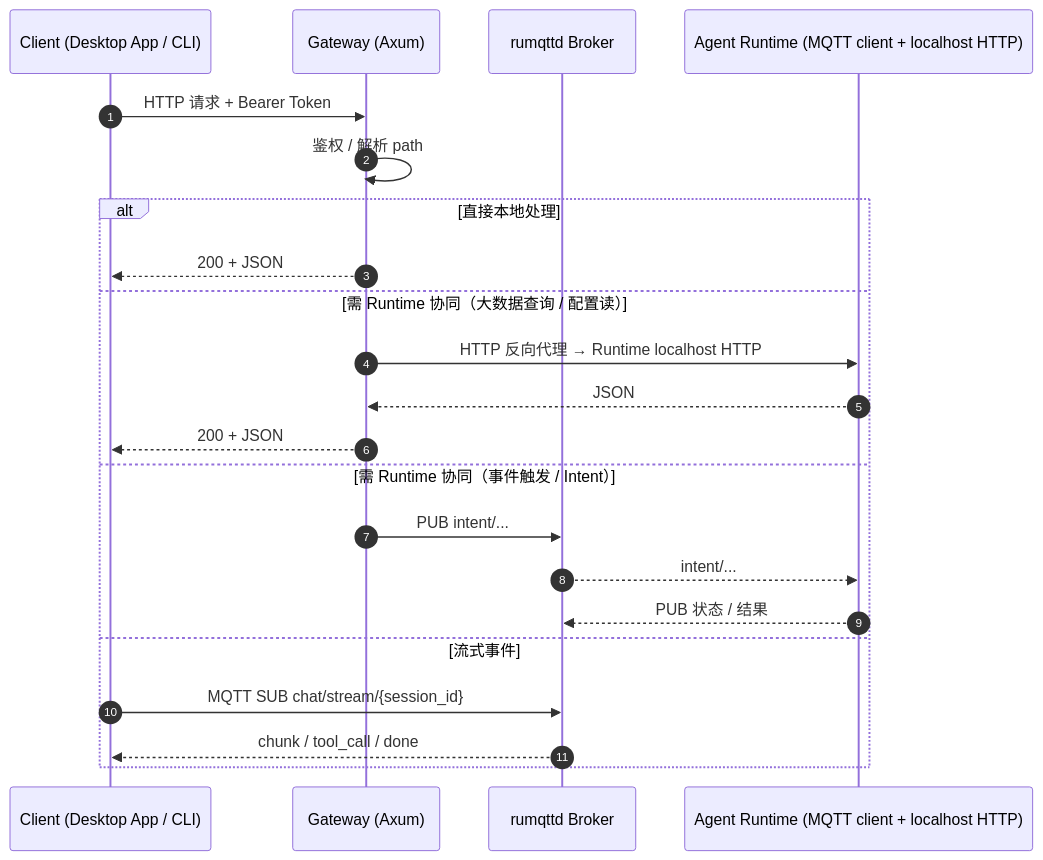
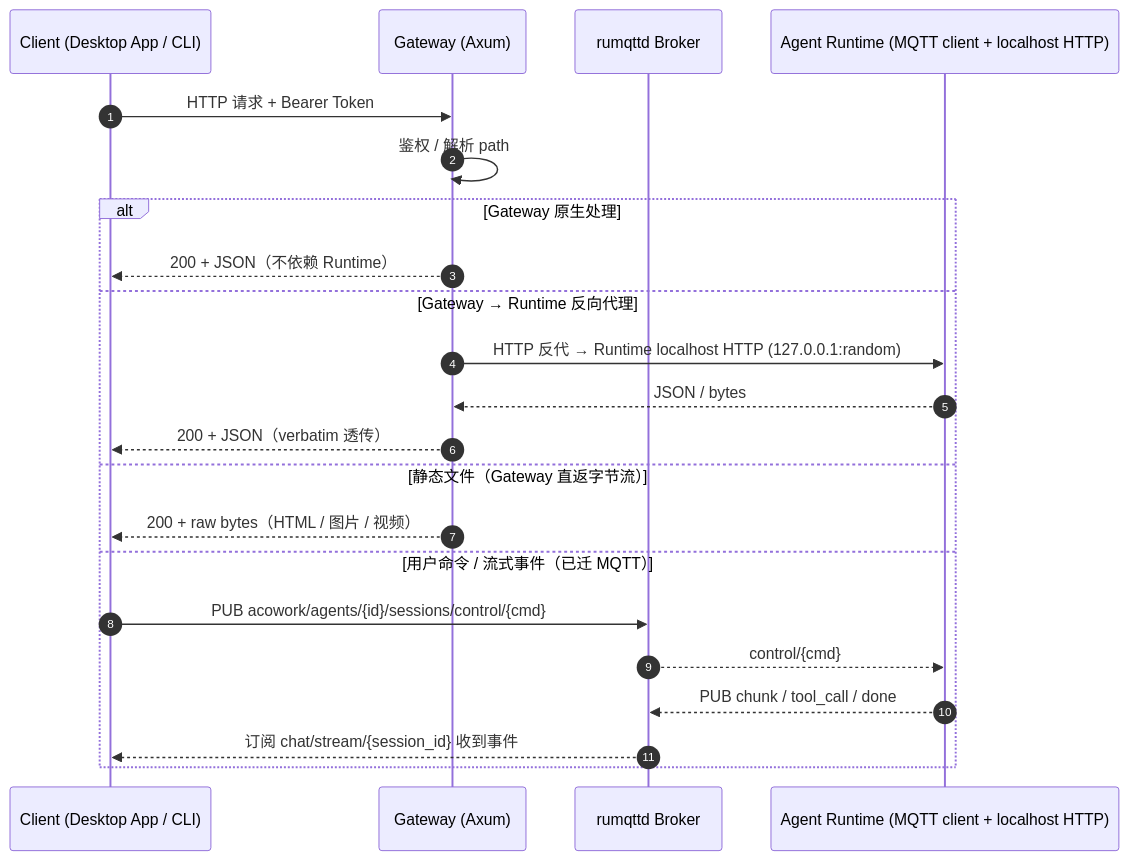
One commit to tranxon/ACowork changed the diagram in docs/zh/protocols/http.md. Above: the diagram before and after it, drawn with Mermaid. The commit also changed other lines of this file and 42 other files, not shown here.

````diff
--- a/docs/zh/protocols/http.md
+++ b/docs/zh/protocols/http.md
@@ -21,25 +64,26 @@
 ```mermaid
 sequenceDiagram
     autonumber
     participant C as Client (Desktop App / CLI)
     participant G as Gateway (Axum)
     participant B as rumqttd Broker
     participant RT as Agent Runtime (MQTT client + localhost HTTP)
 
     C->>G: HTTP 请求 + Bearer Token
     G->>G: 鉴权 / 解析 path
-    alt 直接本地处理
-        G-->>C: 200 + JSON
-    else 需 Runtime 协同（大数据查询 / 配置读）
-        G->>RT: HTTP 反向代理 → Runtime localhost HTTP
-        RT-->>G: JSON
-        G-->>C: 200 + JSON
-    else 需 Runtime 协同（事件触发 / Intent）
-        G->>B: PUB intent/...
-        B-->>RT: intent/...
-        RT-->>B: PUB 状态 / 结果
-    else 流式事件
-        C->>B: MQTT SUB chat/stream/{session_id}
-        B-->>C: chunk / tool_call / done
+
+    alt Gateway 原生处理
+        G-->>C: 200 + JSON（不依赖 Runtime）
+    else Gateway → Runtime 反向代理
+        G->>RT: HTTP 反代 → Runtime localhost HTTP (127.0.0.1:random)
+        RT-->>G: JSON / bytes
+        G-->>C: 200 + JSON（verbatim 透传）
+    else 静态文件（Gateway 直返字节流）
+        G-->>C: 200 + raw bytes（HTML / 图片 / 视频）
+    else 用户命令 / 流式事件（已迁 MQTT）
+        C->>B: PUB acowork/agents/{id}/sessions/control/{cmd}
+        B-->>RT: control/{cmd}
+        RT-->>B: PUB chunk / tool_call / done
+        B-->>C: 订阅 chat/stream/{session_id} 收到事件
     end
 ```
````
